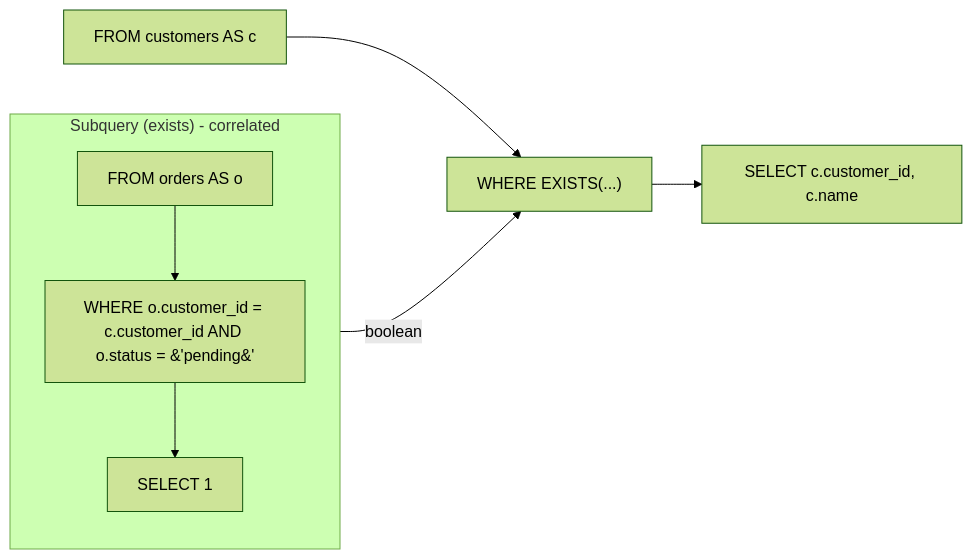
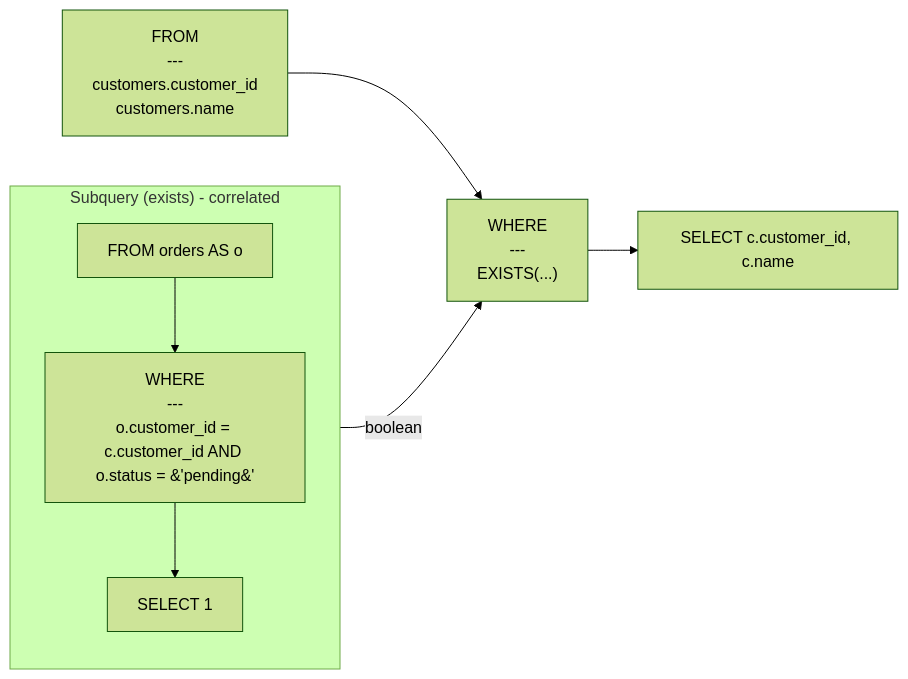
One commit to rot1024/sqloflow changed the diagram in examples/subquery_exists.mmd. Above: the diagram before and after it, drawn with Mermaid (forest theme). The commit also changed 21 other files, not shown here.

Commit message:
feat: improve mermaid renderer

```diff
--- a/examples/subquery_exists.mmd
+++ b/examples/subquery_exists.mmd
@@ -1,15 +1,15 @@
 flowchart LR
-    node_0[FROM customers AS c]
-    node_1["WHERE EXISTS(...)"]
+    node_0["FROM<br/>---<br/>customers.customer_id<br/>customers.name"]
+    node_1["WHERE<br/>---<br/>EXISTS(...)"]
     subgraph subquery_node_2 ["Subquery (exists) - correlated"]
         direction TB
         subq_0_node_0[FROM orders AS o]
-        subq_0_node_1["WHERE o.customer_id = c.customer_id AND o.status = &#39;pending&#39;"]
+        subq_0_node_1["WHERE<br/>---<br/>o.customer_id = c.customer_id AND o.status = &#39;pending&#39;"]
         subq_0_node_2["SELECT 1"]
         subq_0_node_0 --> subq_0_node_1
         subq_0_node_1 --> subq_0_node_2
     end
     subq_0_node_2 -->|boolean| node_1
     node_3["SELECT c.customer_id, c.name"]
     node_0 --> node_1
     node_1 --> node_3
```
